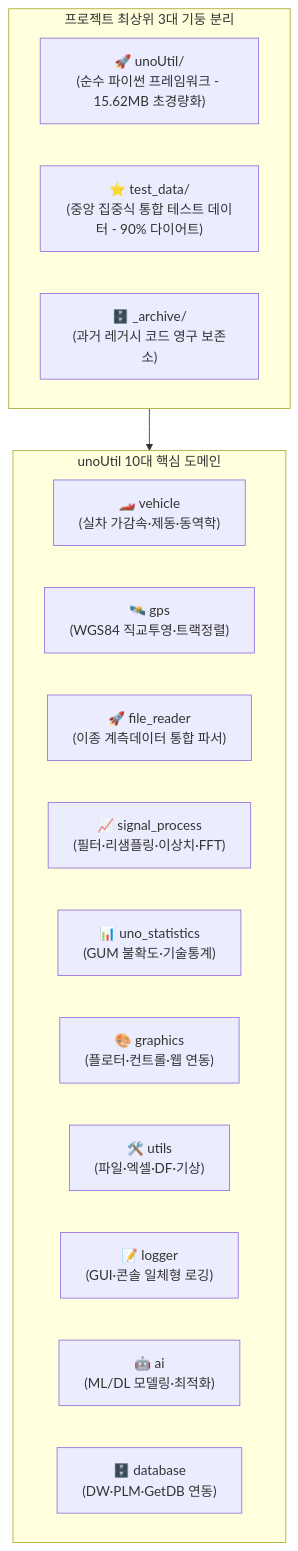
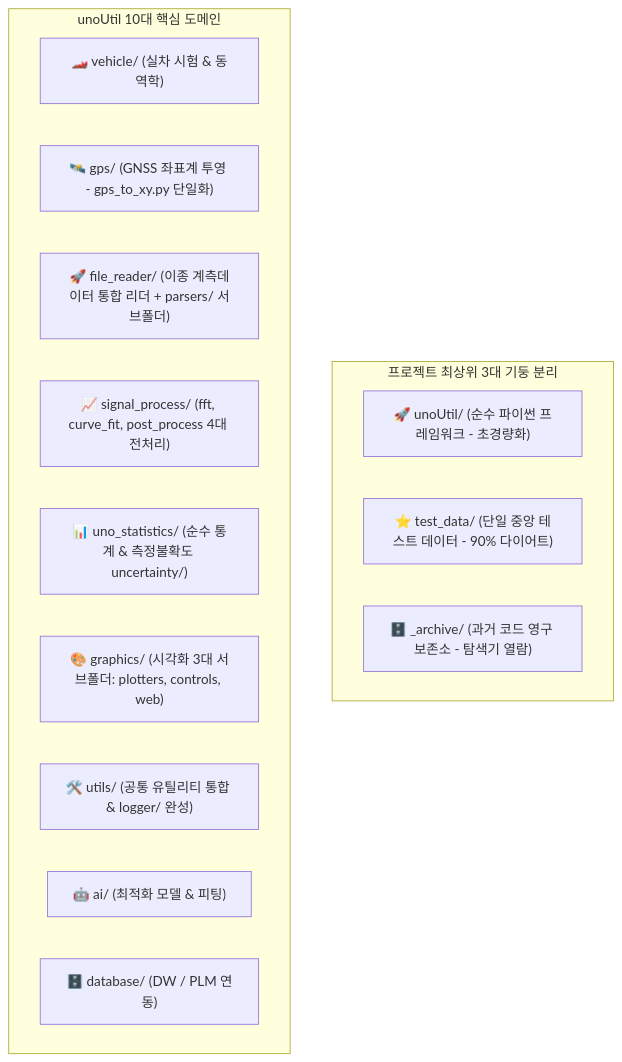
Before and after one commit to uunnooo/00_obsidian: the diagram in 02_Projects/회사_업무/20_unoUtil_모듈개발/00_unoUtil_모듈개발_대시보드.md, drawn with Mermaid. The commit also changed other lines of this file and 25 other files, not shown here.

````diff
--- a/02_Projects/회사_업무/20_unoUtil_모듈개발/00_unoUtil_모듈개발_대시보드.md
+++ b/02_Projects/회사_업무/20_unoUtil_모듈개발/00_unoUtil_모듈개발_대시보드.md
@@ -59,23 +64,20 @@
 ```mermaid
 flowchart TD
-    subgraph Storage_Isolation ["프로젝트 최상위 3대 기둥 분리"]
-        P_CODE["🚀 unoUtil/<br/>(순수 파이썬 프레임워크 - 15.62MB 초경량화)"]
-        T_DATA["⭐ test_data/<br/>(중앙 집중식 통합 테스트 데이터 - 90% 다이어트)"]
-        ARCH["🗄️ _archive/<br/>(과거 레거시 코드 영구 보존소)"]
+    subgraph Storage_Isolation [프로젝트 최상위 3대 기둥 분리]
+        P_CODE["🚀 unoUtil/ (순수 파이썬 프레임워크 - 초경량화)"]
+        T_DATA["⭐ test_data/ (단일 중앙 테스트 데이터 - 90% 다이어트)"]
+        ARCH["🗄️ _archive/ (과거 코드 영구 보존소 - 탐색기 열람)"]
     end
 
-    subgraph Core_Domains ["unoUtil 10대 핵심 도메인"]
-        V["🏎️ vehicle<br/>(실차 가감속·제동·동역학)"]
-        G["🛰️ gps<br/>(WGS84 직교투영·트랙정렬)"]
-        FR["🚀 file_reader<br/>(이종 계측데이터 통합 파서)"]
-        SP["📈 signal_process<br/>(필터·리샘플링·이상치·FFT)"]
-        ST["📊 uno_statistics<br/>(GUM 불확도·기술통계)"]
-        GR["🎨 graphics<br/>(플로터·컨트롤·웹 연동)"]
-        UT["🛠️ utils<br/>(파일·엑셀·DF·기상)"]
-        LG["📝 logger<br/>(GUI·콘솔 일체형 로깅)"]
-        AI["🤖 ai<br/>(ML/DL 모델링·최적화)"]
-        DB["🗄️ database<br/>(DW·PLM·GetDB 연동)"]
+    subgraph Core_Domains [unoUtil 10대 핵심 도메인]
+        V["🏎️ vehicle/ (실차 시험 & 동역학)"]
+        G["🛰️ gps/ (GNSS 좌표계 투영 - gps_to_xy.py 단일화)"]
+        FR["🚀 file_reader/ (이종 계측데이터 통합 리더 + parsers/ 서브폴더)"]
+        SP["📈 signal_process/ (fft, curve_fit, post_process 4대 전처리)"]
+        ST["📊 uno_statistics/ (순수 통계 & 측정불확도 uncertainty/)"]
+        GR["🎨 graphics/ (시각화 3대 서브폴더: plotters, controls, web)"]
+        UT["🛠️ utils/ (공통 유틸리티 통합 & logger/ 완성)"]
+        AI["🤖 ai/ (최적화 모델 & 피팅)"]
+        DB["🗄️ database/ (DW / PLM 연동)"]
     end
-
-    Storage_Isolation --> Core_Domains
 ```
````
